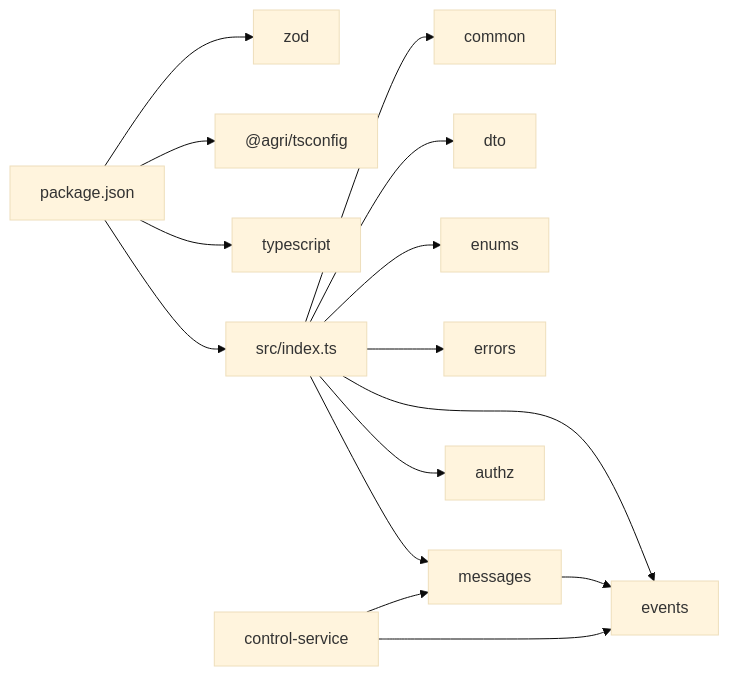
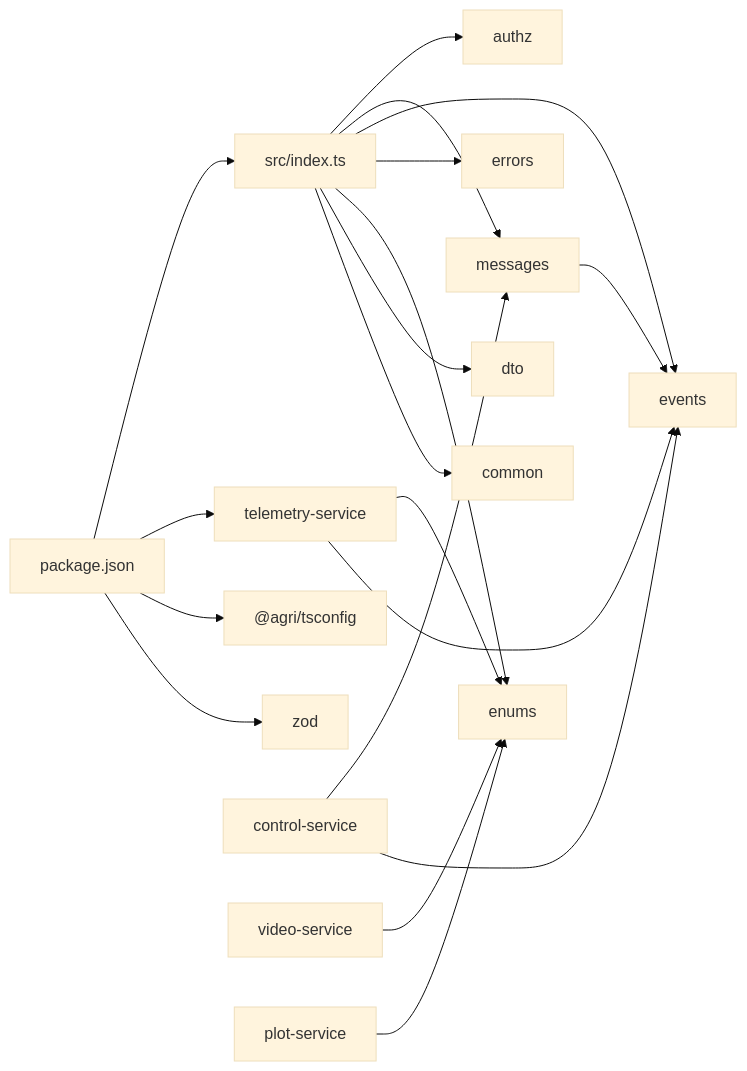
The eighth of 8 diagrams in .qoder/repowiki/zh/content/公共包文档/契约定义包 (@agri_contracts).md (q446328246/agri-platform), drawn with Mermaid (base theme) before and after one commit. The commit also changed other lines of this file and 15 other files, not shown here.

````diff
--- a/.qoder/repowiki/zh/content/公共包文档/契约定义包 (@agri_contracts).md
+++ b/.qoder/repowiki/zh/content/公共包文档/契约定义包 (@agri_contracts).md
@@ -359,17 +457,21 @@
 ```mermaid
 graph LR
 P["package.json"] --> Z["zod"]
 P --> TSC["@agri/tsconfig"]
 P --> TS["typescript"]
 P --> IDX["src/index.ts"]
 IDX --> COM["common"]
 IDX --> DTO["dto"]
 IDX --> ENUMS["enums"]
 IDX --> ERR["errors"]
 IDX --> EVT["events"]
 IDX --> MSG["messages"]
 IDX --> AUTHZ["authz"]
 MSG --> EVT
 CS["control-service"] --> EVT
 CS --> MSG
+VS["video-service"] --> ENUMS
+TS["telemetry-service"] --> EVT
+TS --> ENUMS
+PS["plot-service"] --> ENUMS
 ```
````
